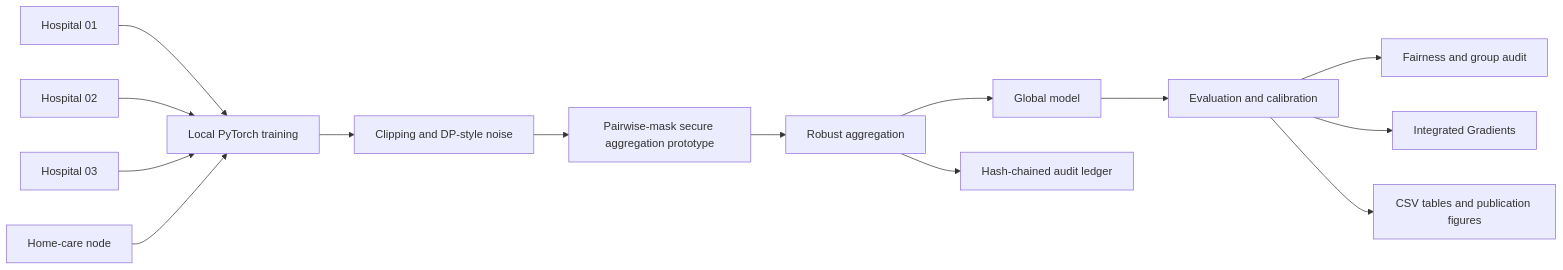
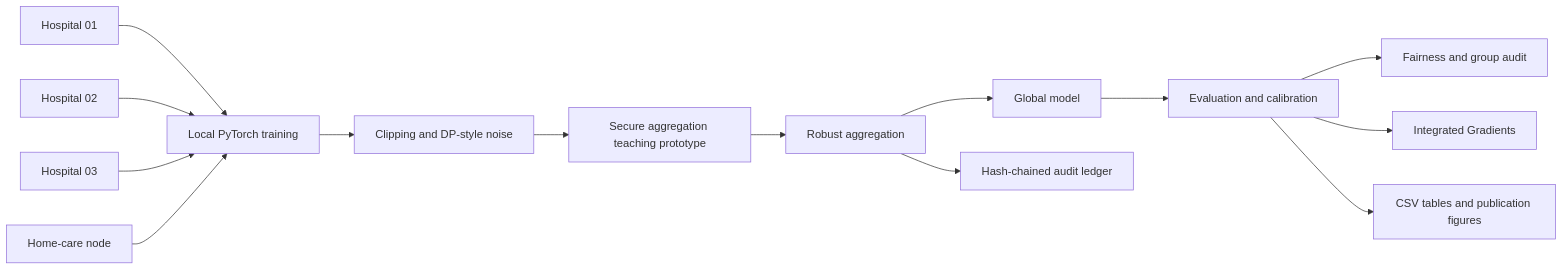
Before and after one commit to Hirakhyzer/CareFed-TrustLab: the diagram in README.md, drawn with Mermaid. The commit also changed other lines of this file, not shown here.

````diff
--- a/README.md
+++ b/README.md
@@ -31,16 +65,16 @@
 ```mermaid
 flowchart LR
   H1[Hospital 01] --> L[Local PyTorch training]
   H2[Hospital 02] --> L
   H3[Hospital 03] --> L
   HC[Home-care node] --> L
   L --> DP[Clipping and DP-style noise]
-  DP --> SA[Pairwise-mask secure aggregation prototype]
+  DP --> SA[Secure aggregation teaching prototype]
   SA --> RA[Robust aggregation]
   RA --> GM[Global model]
   GM --> EV[Evaluation and calibration]
   EV --> FA[Fairness and group audit]
   EV --> IG[Integrated Gradients]
   EV --> FIG[CSV tables and publication figures]
   RA --> LEDGER[Hash-chained audit ledger]
 ```
````
